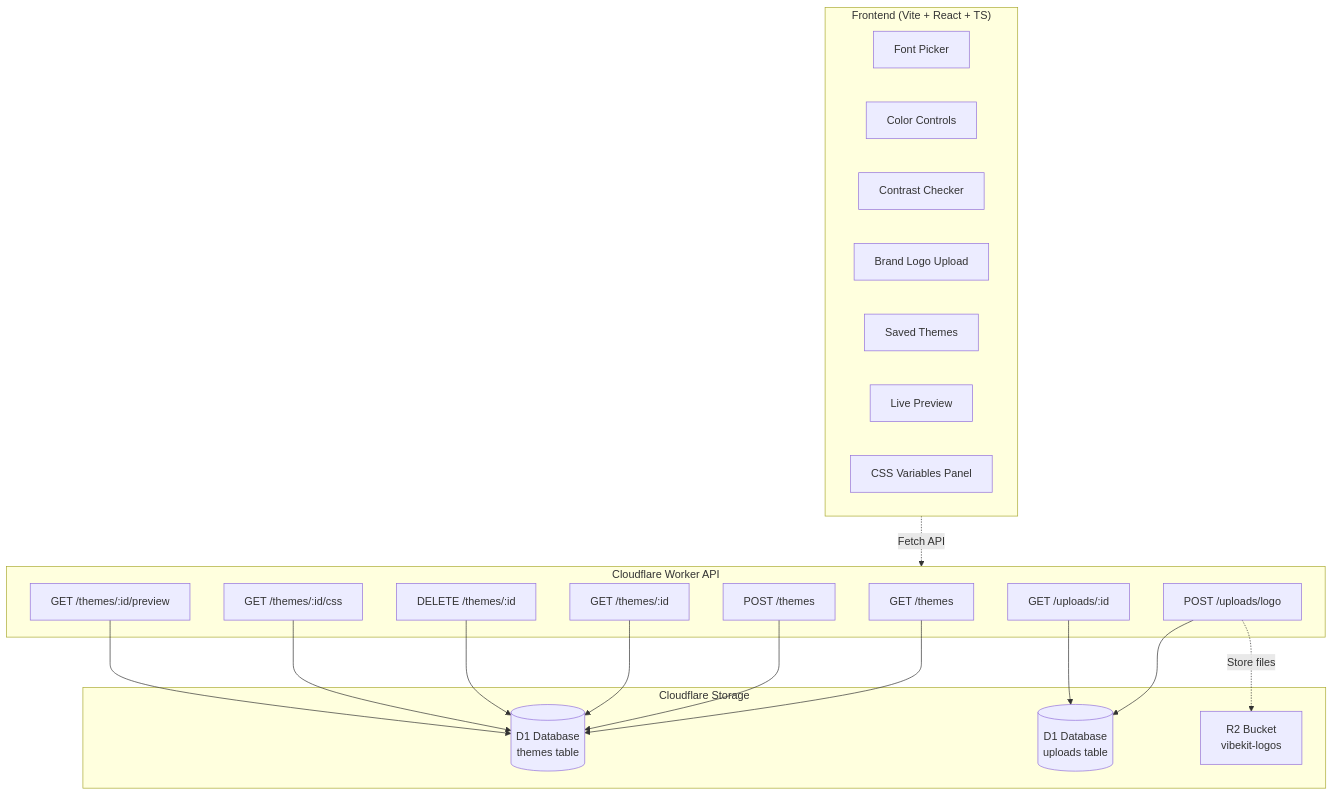
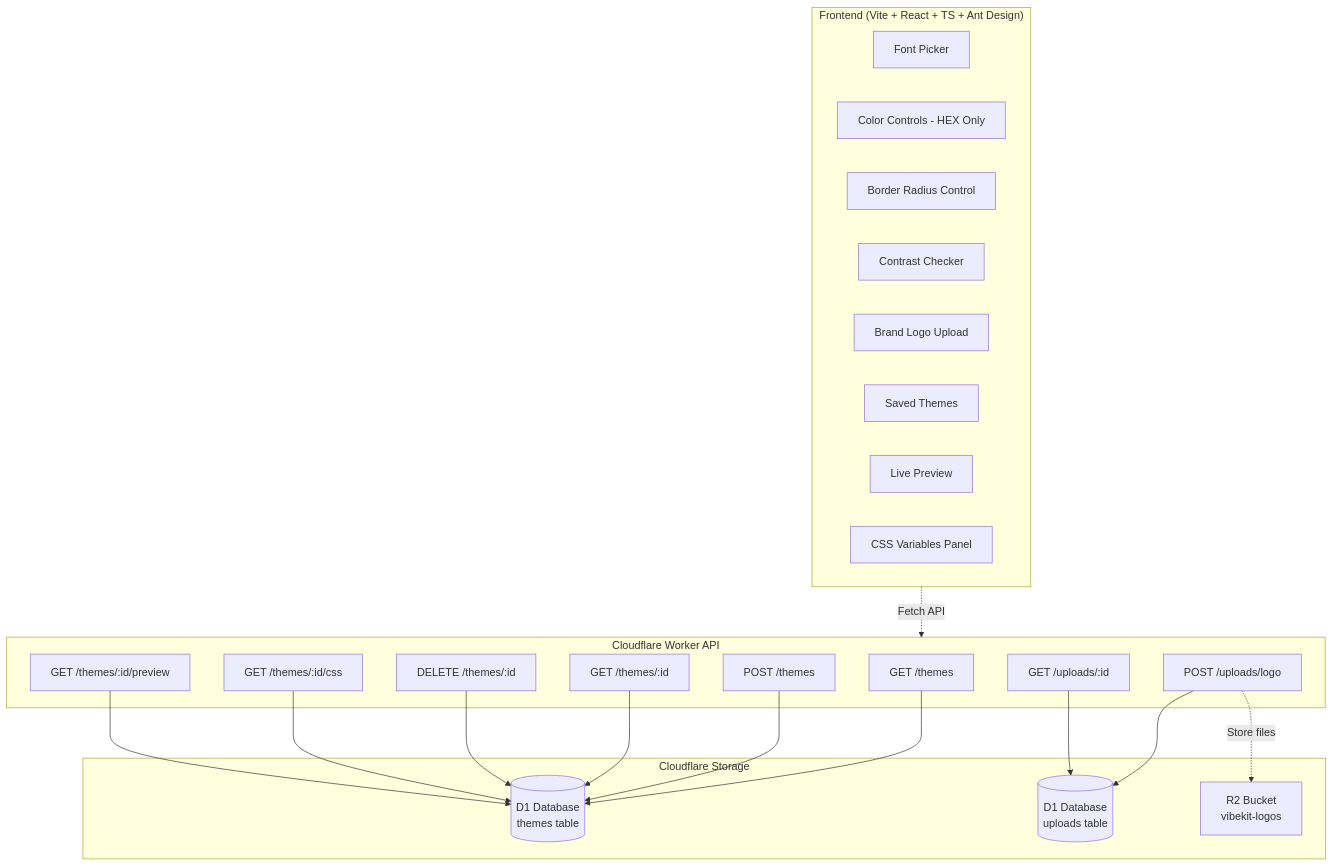
The diagram in README.md (ajkendal/vibekit), drawn with Mermaid before and after one commit. The commit also changed other lines of this file and 10 other files, not shown here.

First line of the commit message:
Add border radius controls and Ant Design UI (#7)

````diff
--- a/README.md
+++ b/README.md
@@ -69,40 +99,41 @@
 ```mermaid
 flowchart TB
-  subgraph Frontend["Frontend (Vite + React + TS)"]
+  subgraph Frontend["Frontend (Vite + React + TS + Ant Design)"]
     A1[Font Picker]
-    A2[Color Controls]
-    A3[Contrast Checker]
-    A4[Brand Logo Upload]
-    A5[Saved Themes]
-    A6[Live Preview]
-    A7[CSS Variables Panel]
+    A2[Color Controls - HEX Only]
+    A3[Border Radius Control]
+    A4[Contrast Checker]
+    A5[Brand Logo Upload]
+    A6[Saved Themes]
+    A7[Live Preview]
+    A8[CSS Variables Panel]
   end
 
   subgraph API["Cloudflare Worker API"]
     B1[GET /themes]
     B2[POST /themes]
     B3[GET /themes/:id]
     B4[DELETE /themes/:id]
     B5[GET /themes/:id/css]
     B6[GET /themes/:id/preview]
     B7[POST /uploads/logo]
     B8[GET /uploads/:id]
   end
 
   subgraph Storage["Cloudflare Storage"]
     C1[(D1 Database<br/>themes table)]
     C2[(D1 Database<br/>uploads table)]
     C3[R2 Bucket<br/>vibekit-logos]
   end
 
   Frontend -.->|Fetch API| API
   B1 --> C1
   B2 --> C1
   B3 --> C1
   B4 --> C1
   B5 --> C1
   B6 --> C1
   B7 --> C2
   B7 -.->|Store files| C3
   B8 --> C2
 ```
````
